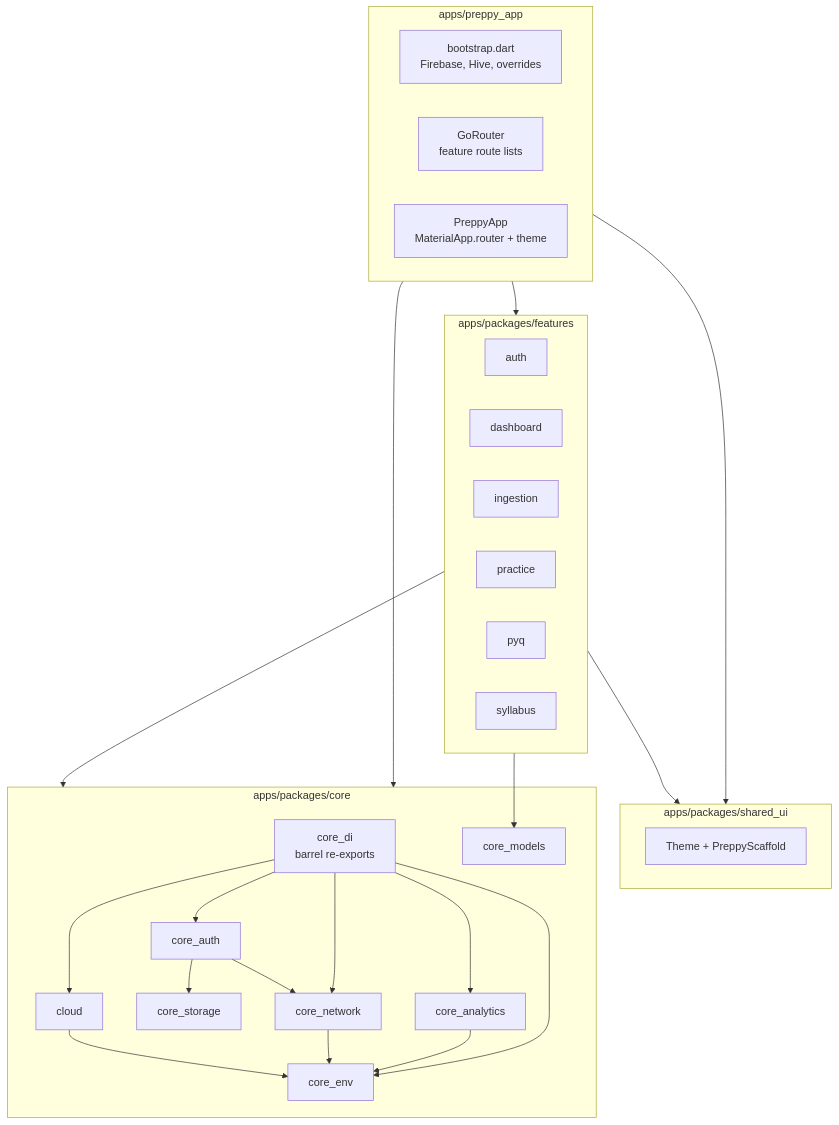
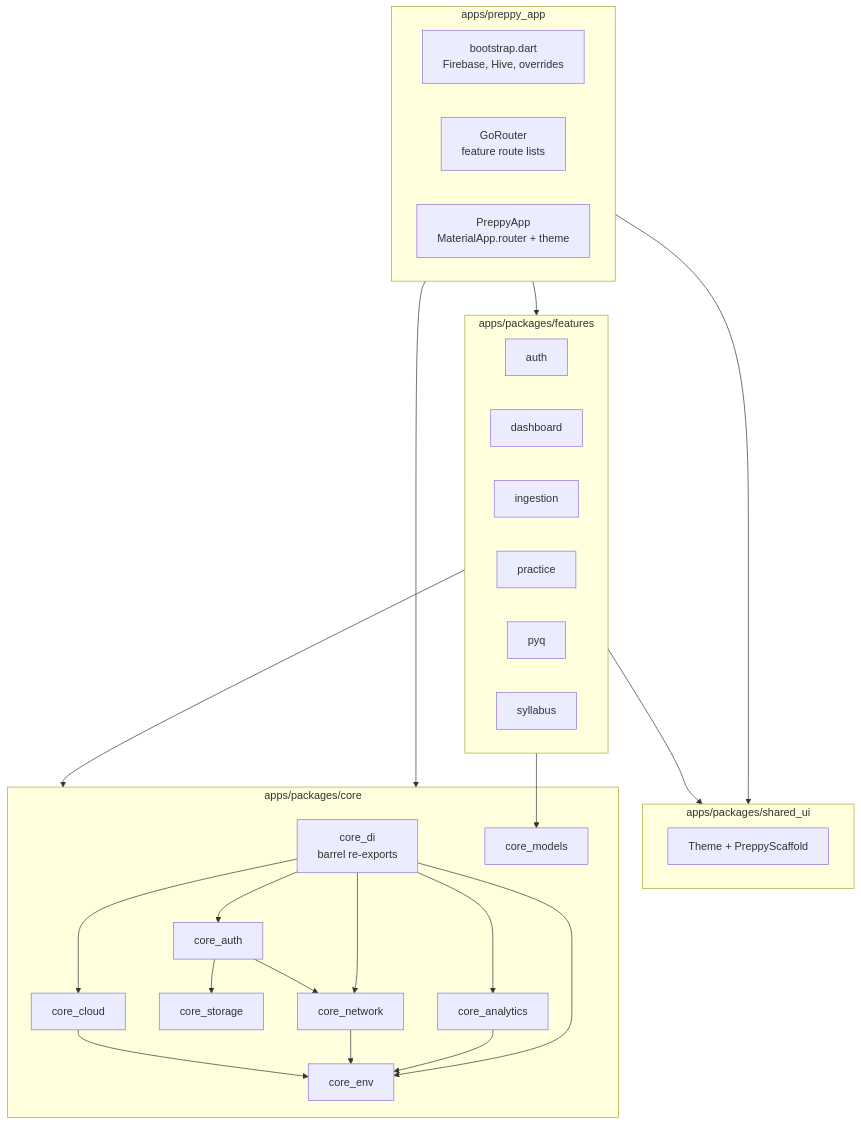
The diagram in docs/src/content/docs/architecture.mdx (balajimalathi/preppy-flutter-quarkus-super-app), drawn with Mermaid before and after one commit. The commit also changed other lines of this file and 13 other files, not shown here.

Commit message:
feat(docs): expand documentation for core packages, adding detailed guides for core_di, core_cloud, core_analytics, and environment setup, along with new app bootstrap and flavors sections

````diff
--- a/docs/src/content/docs/architecture.mdx
+++ b/docs/src/content/docs/architecture.mdx
@@ -26,49 +26,49 @@
 ```mermaid
 flowchart TB
   subgraph shell["apps/preppy_app"]
     bootstrap["bootstrap.dart\nFirebase, Hive, overrides"]
     router["GoRouter\nfeature route lists"]
     app["PreppyApp\nMaterialApp.router + theme"]
   end
 
   subgraph features["apps/packages/features"]
     auth["auth"]
     dashboard["dashboard"]
     ingestion["ingestion"]
     practice["practice"]
     pyq["pyq"]
     syllabus["syllabus"]
   end
 
   subgraph design["apps/packages/shared_ui"]
     ds["Theme + PreppyScaffold"]
   end
 
   subgraph core["apps/packages/core"]
     di["core_di\nbarrel re-exports"]
     env["core_env"]
     net["core_network"]
     sto["core_storage"]
     ca["core_auth"]
     an["core_analytics"]
-    cl["cloud"]
+    cl["core_cloud"]
     mod["core_models"]
   end
 
   shell --> features
   shell --> design
   shell --> core
   features --> design
   features --> core
   di --> env
   di --> net
   di --> ca
   di --> an
   di --> cl
   ca --> net
   ca --> sto
   an --> env
   net --> env
   cl --> env
   features --> mod
 ```
````
